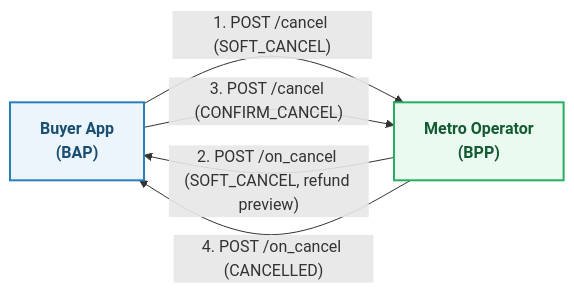
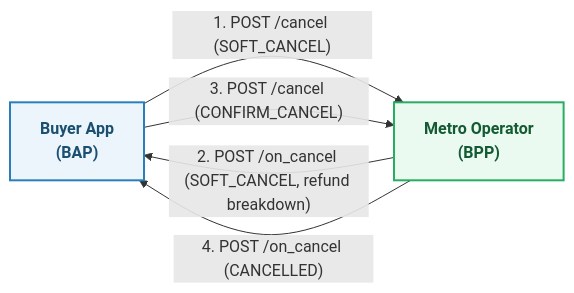
Before and after one commit to ONDC-Official/automation-specifications: the fourth of 9 diagrams in config/docs/metro.md, drawn with Mermaid. The commit also changed other lines of this file and 24 other files, not shown here.

````diff
--- a/config/docs/metro.md
+++ b/config/docs/metro.md
@@ -317,13 +317,13 @@
 ```mermaid
 flowchart LR
     classDef client fill:#EBF5FB,stroke:#2980B9,stroke-width:2px,color:#1B4F72,font-weight:bold;
     classDef provider fill:#EAFAF1,stroke:#27AE60,stroke-width:2px,color:#145A32,font-weight:bold;
 
     BAP["Buyer App<br/>(BAP)"]:::client
     BPP["Metro Operator<br/>(BPP)"]:::provider
 
     BAP -->|"1. POST /cancel (SOFT_CANCEL)"| BPP
-    BPP -->|"2. POST /on_cancel (SOFT_CANCEL, refund preview)"| BAP
+    BPP -->|"2. POST /on_cancel (SOFT_CANCEL, refund breakdown)"| BAP
     BAP -->|"3. POST /cancel (CONFIRM_CANCEL)"| BPP
     BPP -->|"4. POST /on_cancel (CANCELLED)"| BAP
 ```
````
